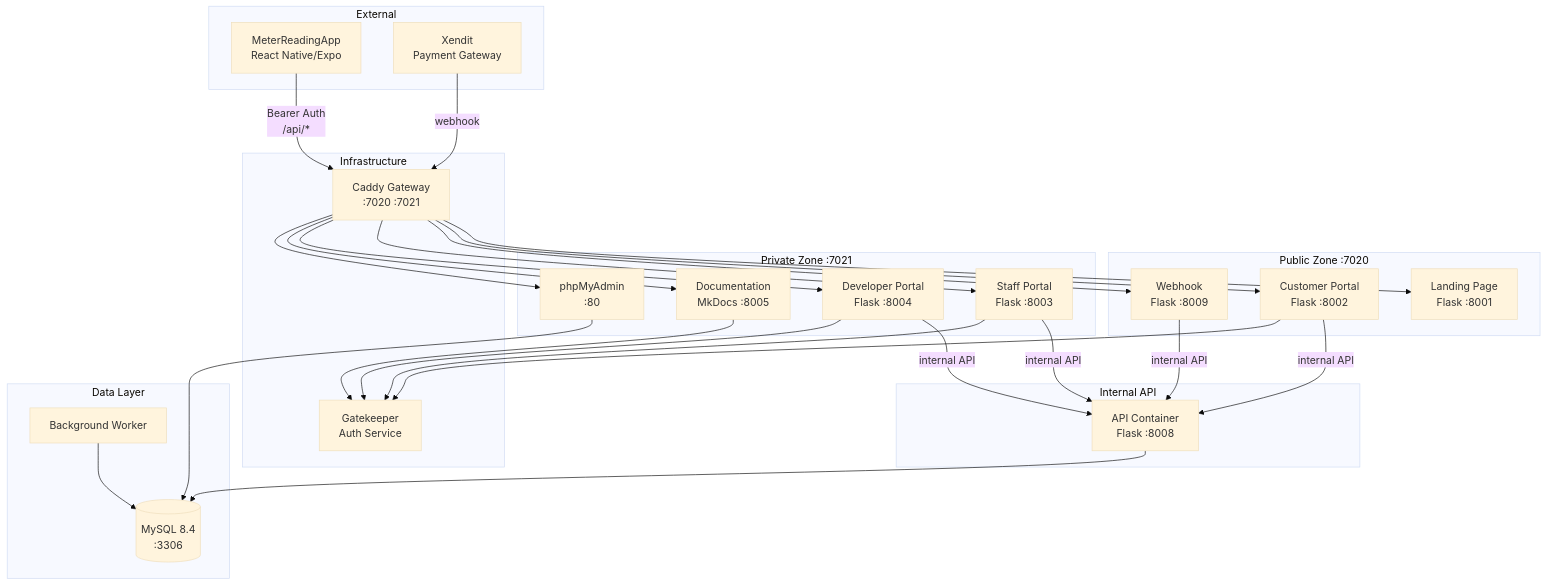
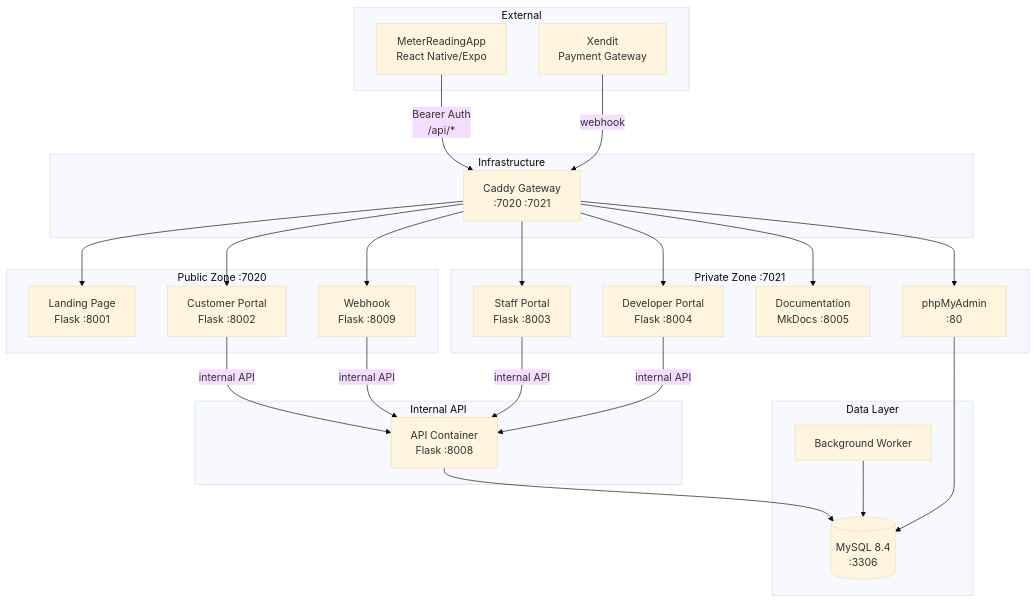
The first of 5 diagrams in documentation/docs/architecture.md (NovaProtocol/WaterBillingSystem), drawn with Mermaid (base theme) before and after one commit. The commit also changed other lines of this file and 9 other files, not shown here.

````diff
--- a/documentation/docs/architecture.md
+++ b/documentation/docs/architecture.md
@@ -5,59 +5,53 @@
 ```mermaid
 graph TB
     subgraph "Public Zone :7020"
         LAND["Landing Page<br/>Flask :8001"]
         CP["Customer Portal<br/>Flask :8002"]
         WH["Webhook<br/>Flask :8009"]
     end
 
     subgraph "Private Zone :7021"
         SP["Staff Portal<br/>Flask :8003"]
         DP["Developer Portal<br/>Flask :8004"]
         DOC["Documentation<br/>MkDocs :8005"]
         PMA["phpMyAdmin<br/>:80"]
     end
 
     subgraph "Internal API"
         API["API Container<br/>Flask :8008"]
     end
 
     subgraph "Data Layer"
         DB[("MySQL 8.4<br/>:3306")]
         WORKER["Background Worker"]
     end
 
     subgraph "Infrastructure"
         CAD["Caddy Gateway<br/>:7020 :7021"]
-        GK["Gatekeeper<br/>Auth Service"]
     end
 
     CAD --> LAND
     CAD --> CP
     CAD --> WH
     CAD --> SP
     CAD --> DP
     CAD --> DOC
     CAD --> PMA
 
     CP -->|"internal API"| API
     SP -->|"internal API"| API
     DP -->|"internal API"| API
     WH -->|"internal API"| API
 
     API --> DB
     WORKER --> DB
     PMA --> DB
 
-    SP --> GK
-    DP --> GK
-    DOC --> GK
-    CP --> GK
-
     subgraph "External"
         MOB["MeterReadingApp<br/>React Native/Expo"]
         XENDIT["Xendit<br/>Payment Gateway"]
     end
 
     MOB -->|"Bearer Auth<br/>/api/*"| CAD
     XENDIT -->|"webhook"| CAD
 ```
````
